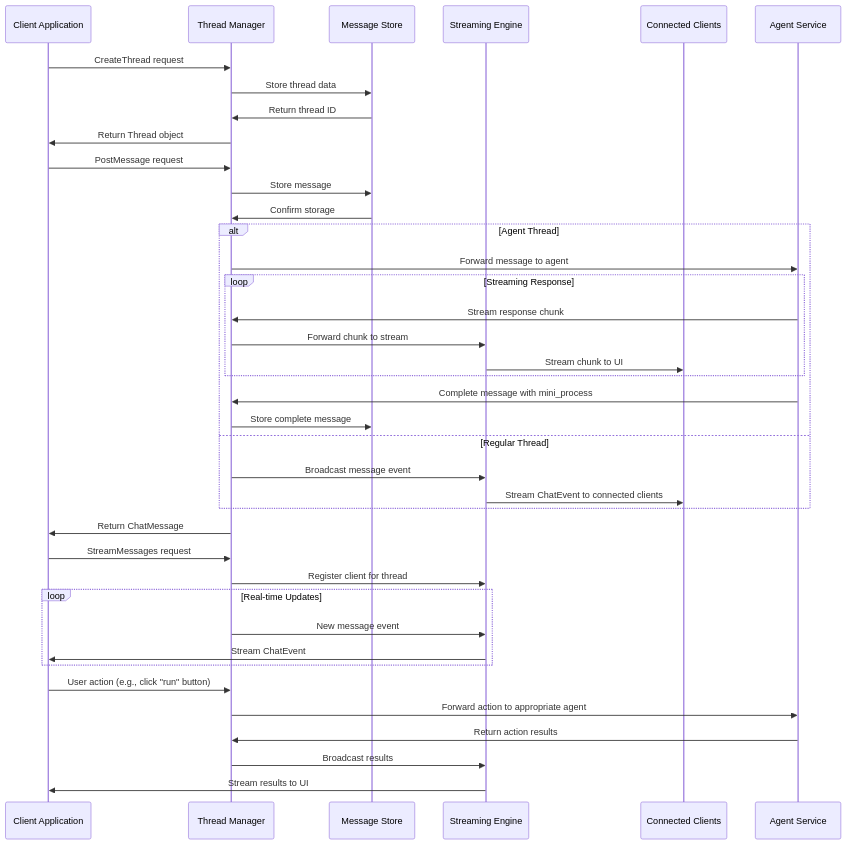
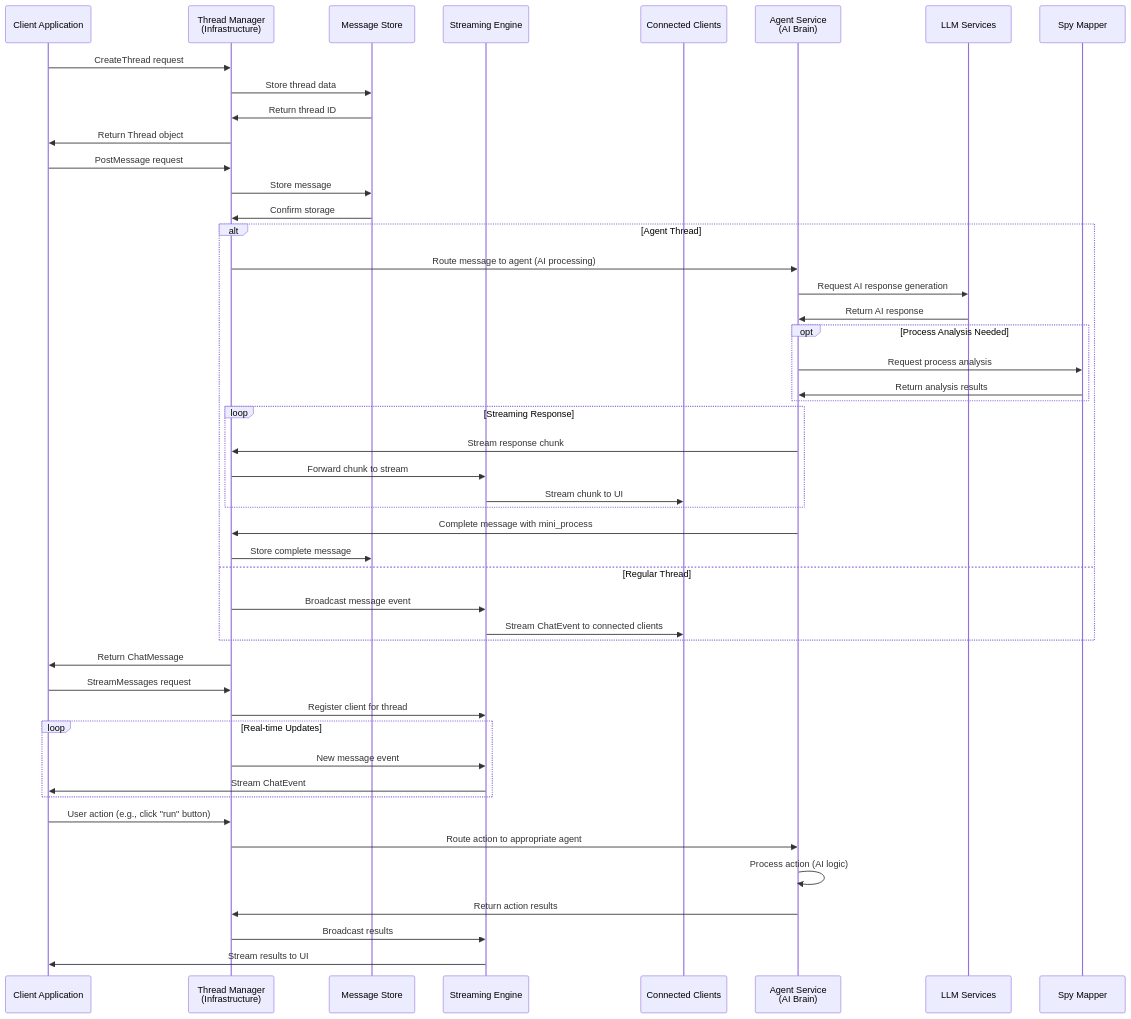
Before and after one commit to 3miliano/voyager-architecture: the diagram in docs/chat-agent-services/thread-manager.md, drawn with Mermaid. The commit also changed other lines of this file and 2 other files, not shown here.

First line of the commit message:
Correct Thread Manager architecture - clarify as platform infrastructure

````diff
--- a/docs/chat-agent-services/thread-manager.md
+++ b/docs/chat-agent-services/thread-manager.md
@@ -107,48 +107,59 @@
 ```mermaid
 sequenceDiagram
     participant Client as Client Application
-    participant ThreadMgr as Thread Manager
+    participant ThreadMgr as Thread Manager<br/>(Infrastructure)
     participant MsgStore as Message Store
     participant StreamEngine as Streaming Engine
     participant Subscribers as Connected Clients
-    participant AgentSvc as Agent Service
+    participant AgentSvc as Agent Service<br/>(AI Brain)
+    participant LLM as LLM Services
+    participant SpyMapper as Spy Mapper
 
     Client->>ThreadMgr: CreateThread request
     ThreadMgr->>MsgStore: Store thread data
     MsgStore->>ThreadMgr: Return thread ID
     ThreadMgr->>Client: Return Thread object
 
     Client->>ThreadMgr: PostMessage request
     ThreadMgr->>MsgStore: Store message
     MsgStore->>ThreadMgr: Confirm storage
     
     alt Agent Thread
-        ThreadMgr->>AgentSvc: Forward message to agent
+        ThreadMgr->>AgentSvc: Route message to agent (AI processing)
+        AgentSvc->>LLM: Request AI response generation
+        LLM->>AgentSvc: Return AI response
+        
+        opt Process Analysis Needed
+            AgentSvc->>SpyMapper: Request process analysis
+            SpyMapper->>AgentSvc: Return analysis results
+        end
+        
         loop Streaming Response
             AgentSvc->>ThreadMgr: Stream response chunk
             ThreadMgr->>StreamEngine: Forward chunk to stream
             StreamEngine->>Subscribers: Stream chunk to UI
         end
         AgentSvc->>ThreadMgr: Complete message with mini_process
         ThreadMgr->>MsgStore: Store complete message
     else Regular Thread
         ThreadMgr->>StreamEngine: Broadcast message event
         StreamEngine->>Subscribers: Stream ChatEvent to connected clients
     end
     
     ThreadMgr->>Client: Return ChatMessage
 
     Client->>ThreadMgr: StreamMessages request
     ThreadMgr->>StreamEngine: Register client for thread
     
     loop Real-time Updates
         ThreadMgr->>StreamEngine: New message event
         StreamEngine->>Client: Stream ChatEvent
     end
     
     Client->>ThreadMgr: User action (e.g., click "run" button)
-    ThreadMgr->>AgentSvc: Forward action to appropriate agent
+    ThreadMgr->>AgentSvc: Route action to appropriate agent
+    AgentSvc->>AgentSvc: Process action (AI logic)
     AgentSvc->>ThreadMgr: Return action results
     ThreadMgr->>StreamEngine: Broadcast results
     StreamEngine->>Client: Stream results to UI
 ```
````
